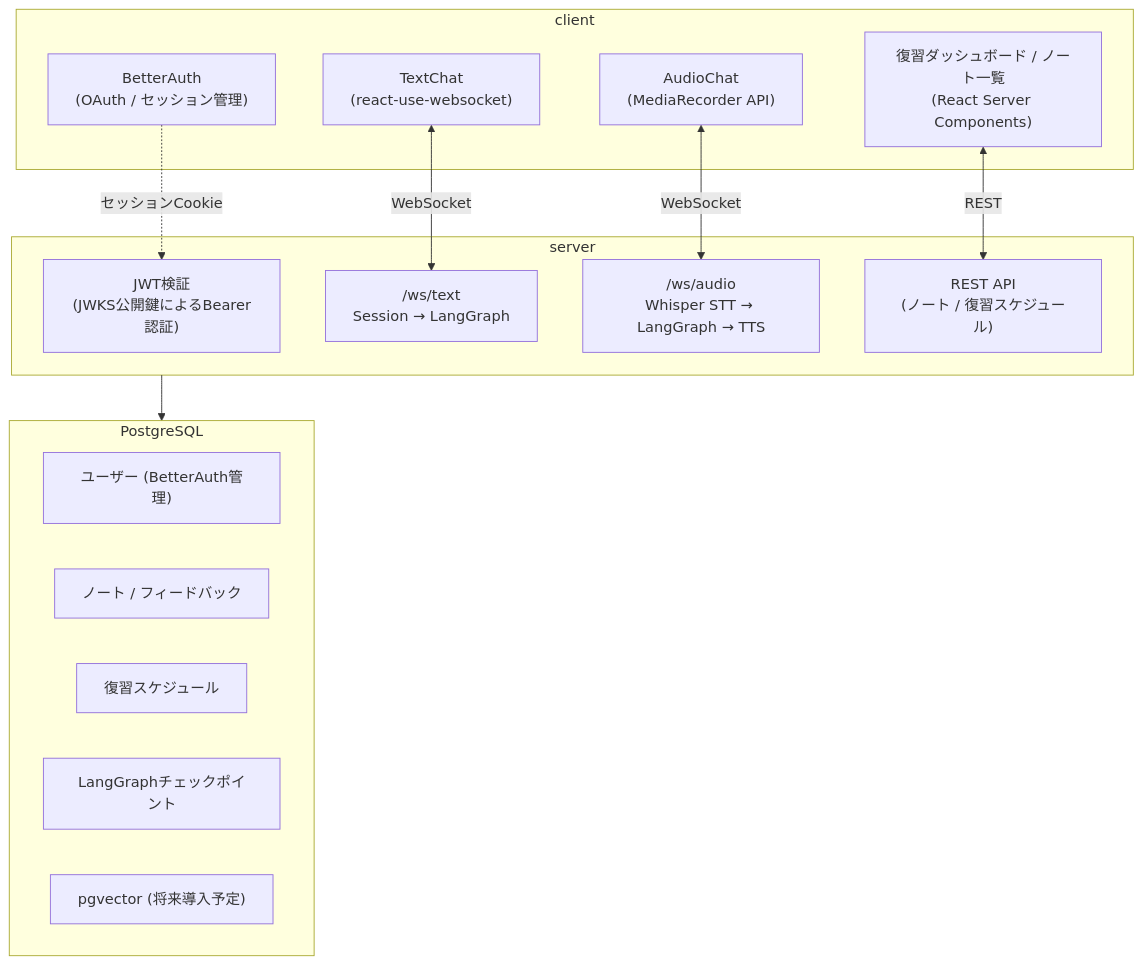
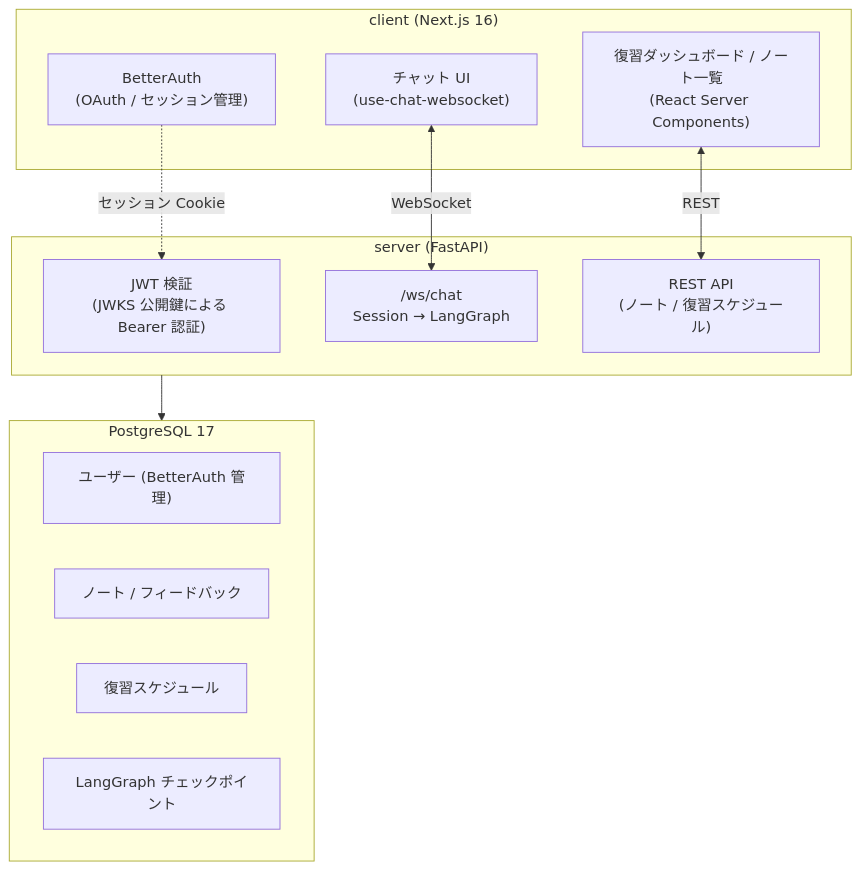
Before and after one commit to R-koma/learning-optimizer: the diagram in README.md, drawn with Mermaid. The commit also changed other lines of this file and 2 other files, not shown here.

````diff
--- a/README.md
+++ b/README.md
@@ -18,31 +19,26 @@
 ```mermaid
 graph TB
-    subgraph Client["client"]
-        Auth["BetterAuth<br/>(OAuth / セッション管理)"]
-        TextChat["TextChat<br/>(react-use-websocket)"]
-        AudioChat["AudioChat<br/>(MediaRecorder API)"]
-        RSC["復習ダッシュボード / ノート一覧<br/>(React Server Components)"]
+    subgraph Client["client (Next.js 16)"]
+        Auth["BetterAuth\n(OAuth / セッション管理)"]
+        TextChat["チャット UI\n(use-chat-websocket)"]
+        RSC["復習ダッシュボード / ノート一覧\n(React Server Components)"]
     end
 
-    subgraph Server["server"]
-        JWTMiddleware["JWT検証<br/>(JWKS公開鍵によるBearer認証)"]
-        WSText["/ws/text<br/>Session → LangGraph"]
-        WSAudio["/ws/audio<br/>Whisper STT → LangGraph → TTS"]
-        REST["REST API<br/>(ノート / 復習スケジュール)"]
+    subgraph Server["server (FastAPI)"]
+        JWTMiddleware["JWT 検証\n(JWKS 公開鍵による Bearer 認証)"]
+        WSChat["/ws/chat\nSession → LangGraph"]
+        REST["REST API\n(ノート / 復習スケジュール)"]
     end
 
-    subgraph DB["PostgreSQL"]
-        Users["ユーザー (BetterAuth管理)"]
+    subgraph DB["PostgreSQL 17"]
+        Users["ユーザー (BetterAuth 管理)"]
         Notes["ノート / フィードバック"]
         Review["復習スケジュール"]
-        Checkpoint["LangGraphチェックポイント"]
-        PgVector["pgvector (将来導入予定)"]
+        Checkpoint["LangGraph チェックポイント"]
     end
 
-    TextChat <-->|WebSocket| WSText
-    AudioChat <-->|WebSocket| WSAudio
+    TextChat <-->|WebSocket| WSChat
     RSC <-->|REST| REST
-    Auth -.->|セッションCookie| JWTMiddleware
-
+    Auth -.->|セッション Cookie| JWTMiddleware
     Server --> DB
 ```
````
